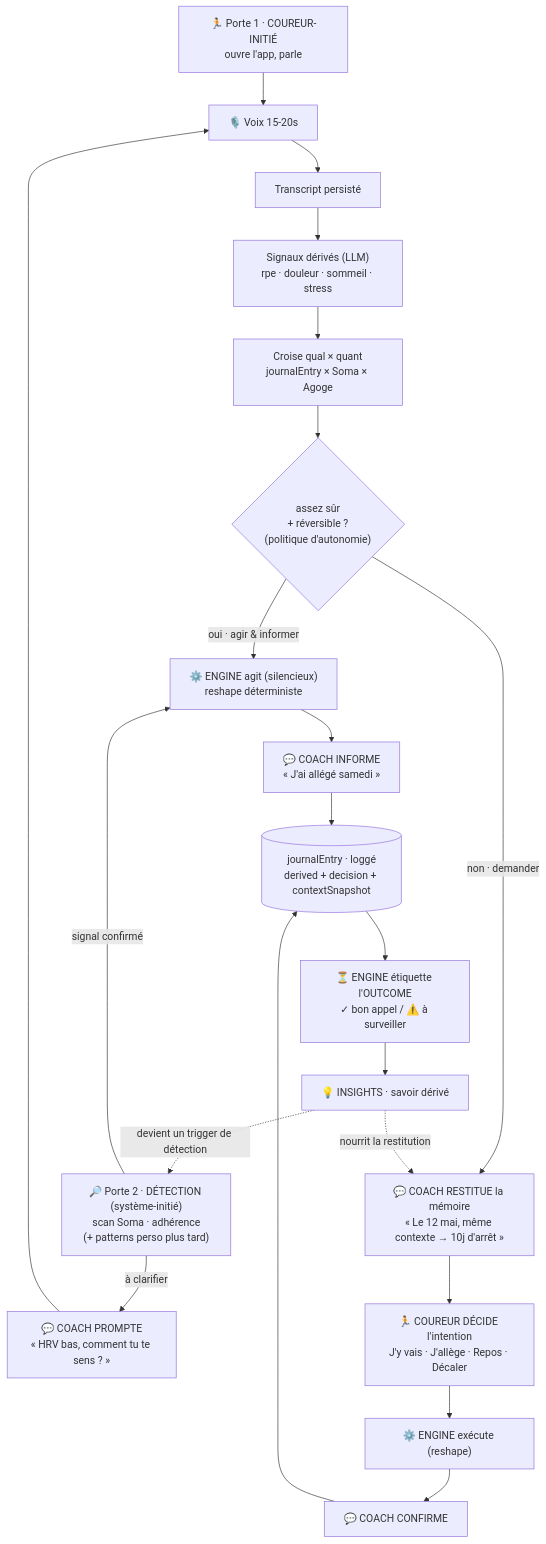
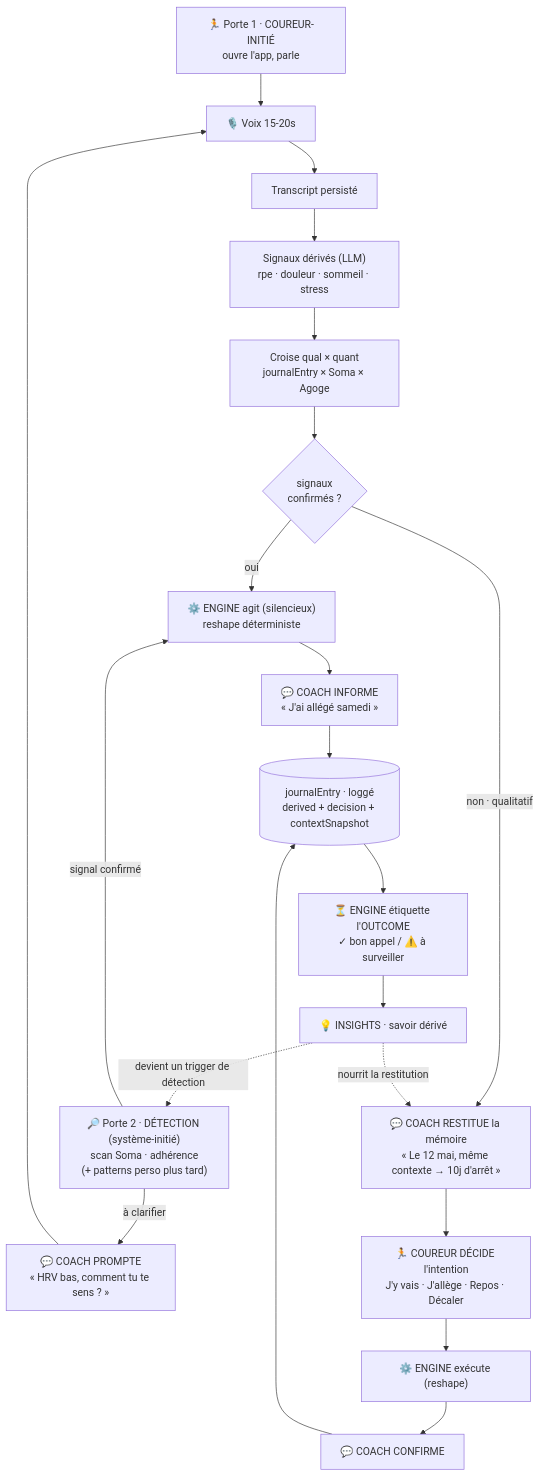
Before and after one commit to NativeSquare/Cadence: the diagram in docs/cadence-wedge-brief.md, drawn with Mermaid. The commit also changed other lines of this file, not shown here.

````diff
--- a/docs/cadence-wedge-brief.md
+++ b/docs/cadence-wedge-brief.md
@@ -166,27 +142,27 @@
 ```mermaid
 flowchart TB
   USER["🏃 Porte 1 · COUREUR-INITIÉ<br/>ouvre l'app, parle"]
   DET["🔎 Porte 2 · DÉTECTION (système-initié)<br/>scan Soma · adhérence<br/>(+ patterns perso plus tard)"]
 
   DET -- "signal confirmé" --> ENG1
   DET -- "à clarifier" --> PROMPT["💬 COACH PROMPTE<br/>« HRV bas, comment tu te sens ? »"]
   PROMPT --> V
   USER --> V["🎙️ Voix 15-20s"]
   V --> T["Transcript persisté"] --> D["Signaux dérivés (LLM)<br/>rpe · douleur · sommeil · stress"] --> X["Croise qual × quant<br/>journalEntry × Soma × Agoge"]
-  X --> Q{"assez sûr<br/>+ réversible ?<br/>(politique d'autonomie)"}
+  X --> Q{"signaux<br/>confirmés ?"}
 
-  Q -- "oui · agir & informer" --> ENG1["⚙️ ENGINE agit (silencieux)<br/>reshape déterministe"]
+  Q -- "oui" --> ENG1["⚙️ ENGINE agit (silencieux)<br/>reshape déterministe"]
   ENG1 --> INF1["💬 COACH INFORME<br/>« J'ai allégé samedi »"]
 
-  Q -- "non · demander" --> RES["💬 COACH RESTITUE la mémoire<br/>« Le 12 mai, même contexte → 10j d'arrêt »"]
+  Q -- "non · qualitatif" --> RES["💬 COACH RESTITUE la mémoire<br/>« Le 12 mai, même contexte → 10j d'arrêt »"]
   RES --> DEC["🏃 COUREUR DÉCIDE l'intention<br/>J'y vais · J'allège · Repos · Décaler"]
   DEC --> ENG2["⚙️ ENGINE exécute (reshape)"]
   ENG2 --> INF2["💬 COACH CONFIRME"]
 
   INF1 --> LOG[("journalEntry · loggé<br/>derived + decision + contextSnapshot")]
   INF2 --> LOG
   LOG --> OUT["⏳ ENGINE étiquette l'OUTCOME<br/>✓ bon appel / ⚠️ à surveiller"]
   OUT --> INS["💡 INSIGHTS · savoir dérivé"]
   INS -. nourrit la restitution .-> RES
   INS -. devient un trigger de détection .-> DET
 ```
````
